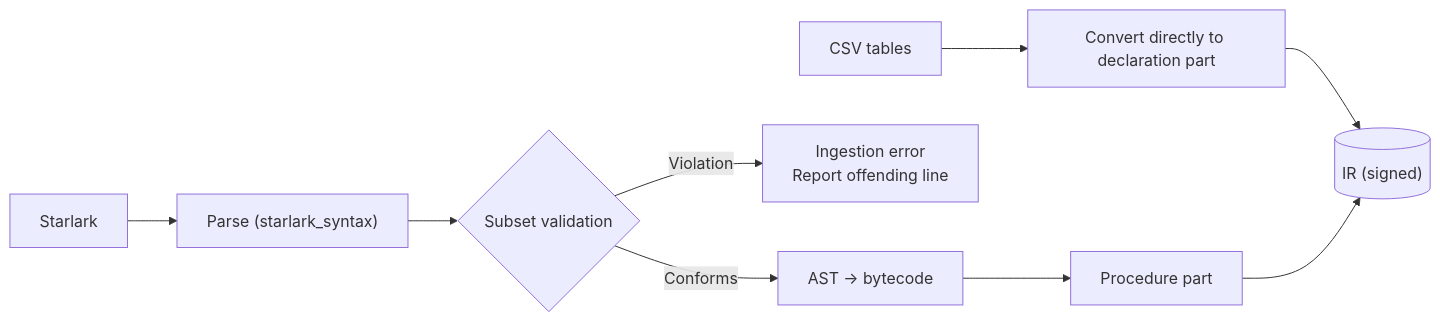
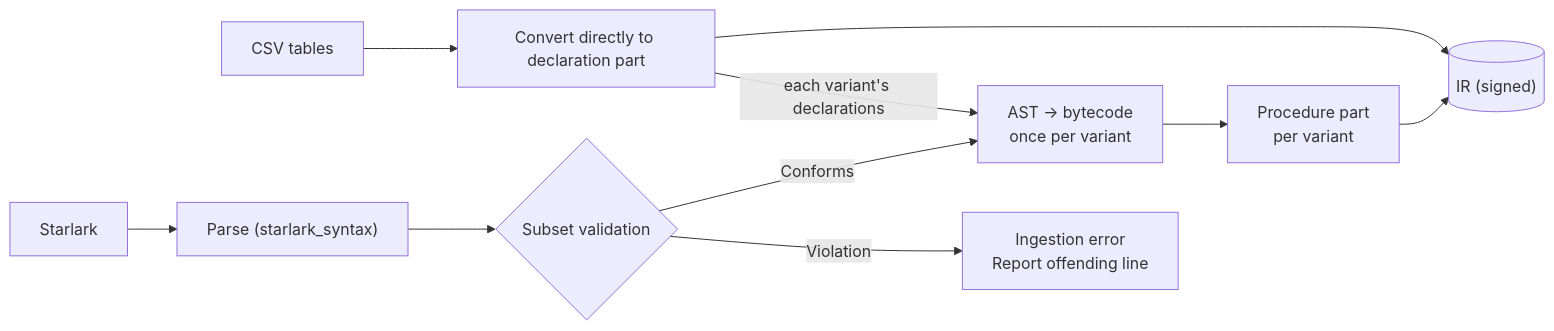
The sixth of 6 diagrams in docs/system-architecture.md (okayyoumay/nekoguruma), drawn with Mermaid before and after one commit. The commit also changed other lines of this file and 3 other files, not shown here.

First line of the commit message:
diag-frontend: merge lowering errors by hash; design 8.4 per variant

````diff
--- a/docs/system-architecture.md
+++ b/docs/system-architecture.md
@@ -876,11 +876,12 @@
 ```mermaid
 flowchart LR
     CSV["CSV tables"] --> DECL["Convert directly to declaration part"]
     STAR["Starlark"] --> PARSE["Parse (starlark_syntax)"]
     PARSE --> CHECK{"Subset validation"}
     CHECK -->|Violation| ERR["Ingestion error<br/>Report offending line"]
-    CHECK -->|Conforms| LOWER["AST → bytecode"]
-    LOWER --> PROC["Procedure part"]
+    CHECK -->|Conforms| LOWER["AST → bytecode<br/>once per variant"]
+    DECL -->|"each variant's declarations"| LOWER
+    LOWER --> PROC["Procedure part<br/>per variant"]
     DECL --> IR[("IR (signed)")]
     PROC --> IR
 ```
````
